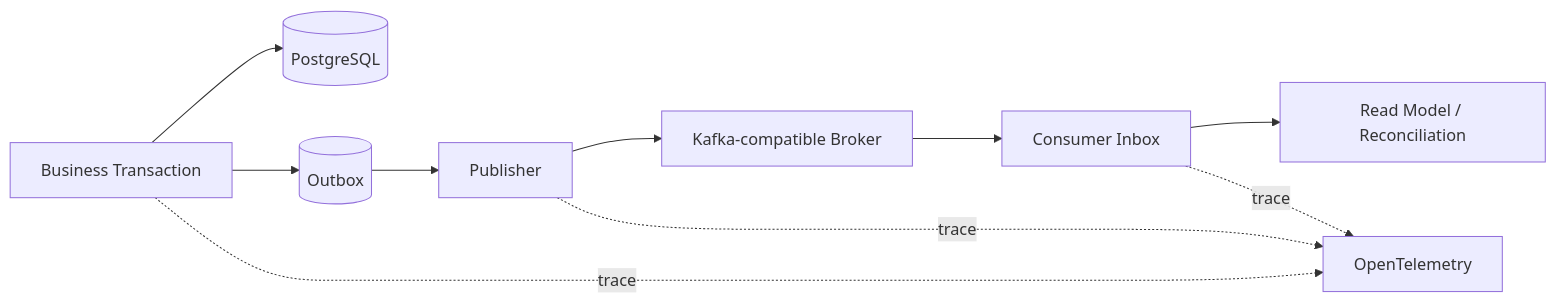
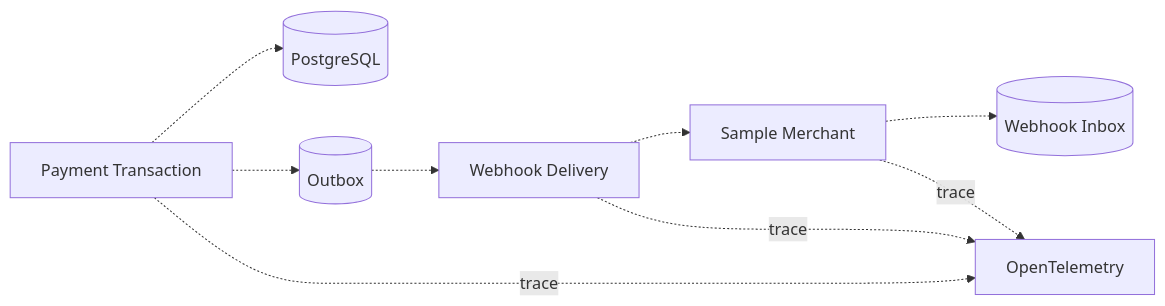
Before and after one commit to whoisyourbias/financial: the third of 6 diagrams in docs/ARCHITECTURE_EVOLUTION.md, drawn with Mermaid. The commit also changed other lines of this file and 58 other files, not shown here.

Commit message:
docs: redesign roadmap around Toss Payments contracts

````diff
--- a/docs/ARCHITECTURE_EVOLUTION.md
+++ b/docs/ARCHITECTURE_EVOLUTION.md
@@ -34,12 +46,11 @@
 ```mermaid
 flowchart LR
-  TX[Business Transaction] --> DB[(PostgreSQL)]
-  TX --> OUTBOX[(Outbox)]
-  OUTBOX --> PUB[Publisher]
-  PUB --> BROKER[Kafka-compatible Broker]
-  BROKER --> INBOX[Consumer Inbox]
-  INBOX --> READ[Read Model / Reconciliation]
+  TX[Payment Transaction] -.-> DB[(PostgreSQL)]
+  TX -.-> OUTBOX[(Outbox)]
+  OUTBOX -.-> DELIVERY[Webhook Delivery]
+  DELIVERY -.-> SHOP[Sample Merchant]
+  SHOP -.-> INBOX[(Webhook Inbox)]
   TX -. trace .-> OTEL[OpenTelemetry]
-  PUB -. trace .-> OTEL
-  INBOX -. trace .-> OTEL
+  DELIVERY -. trace .-> OTEL
+  SHOP -. trace .-> OTEL
 ```
````
